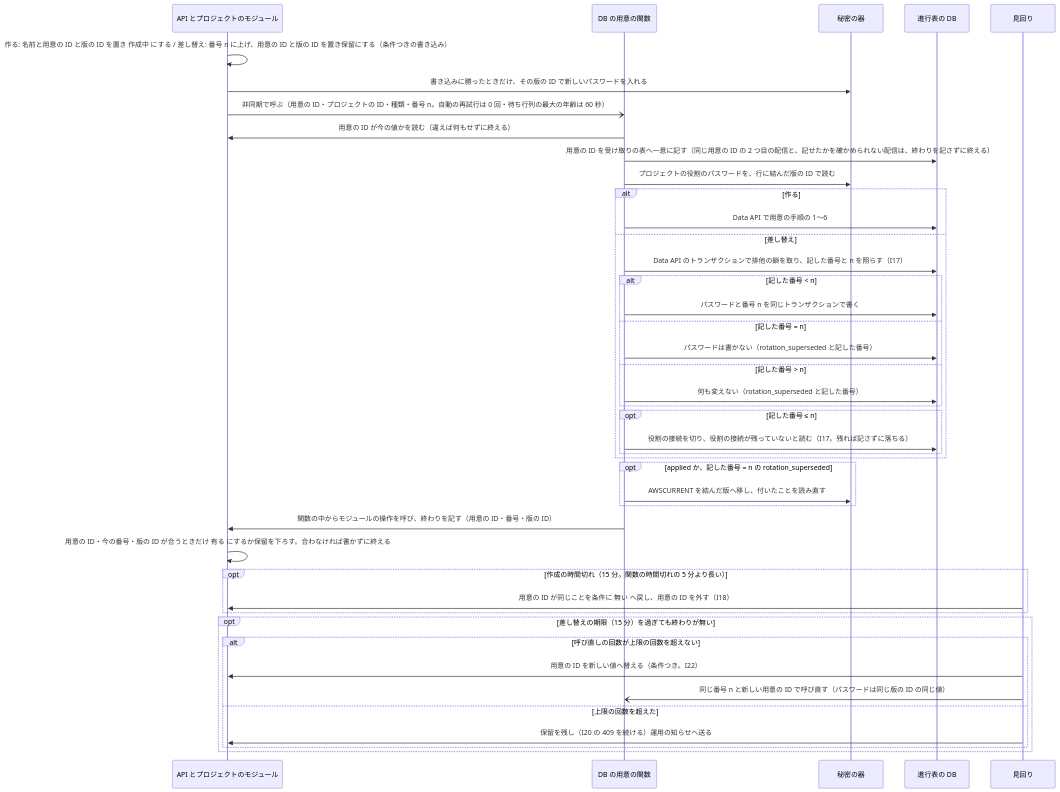
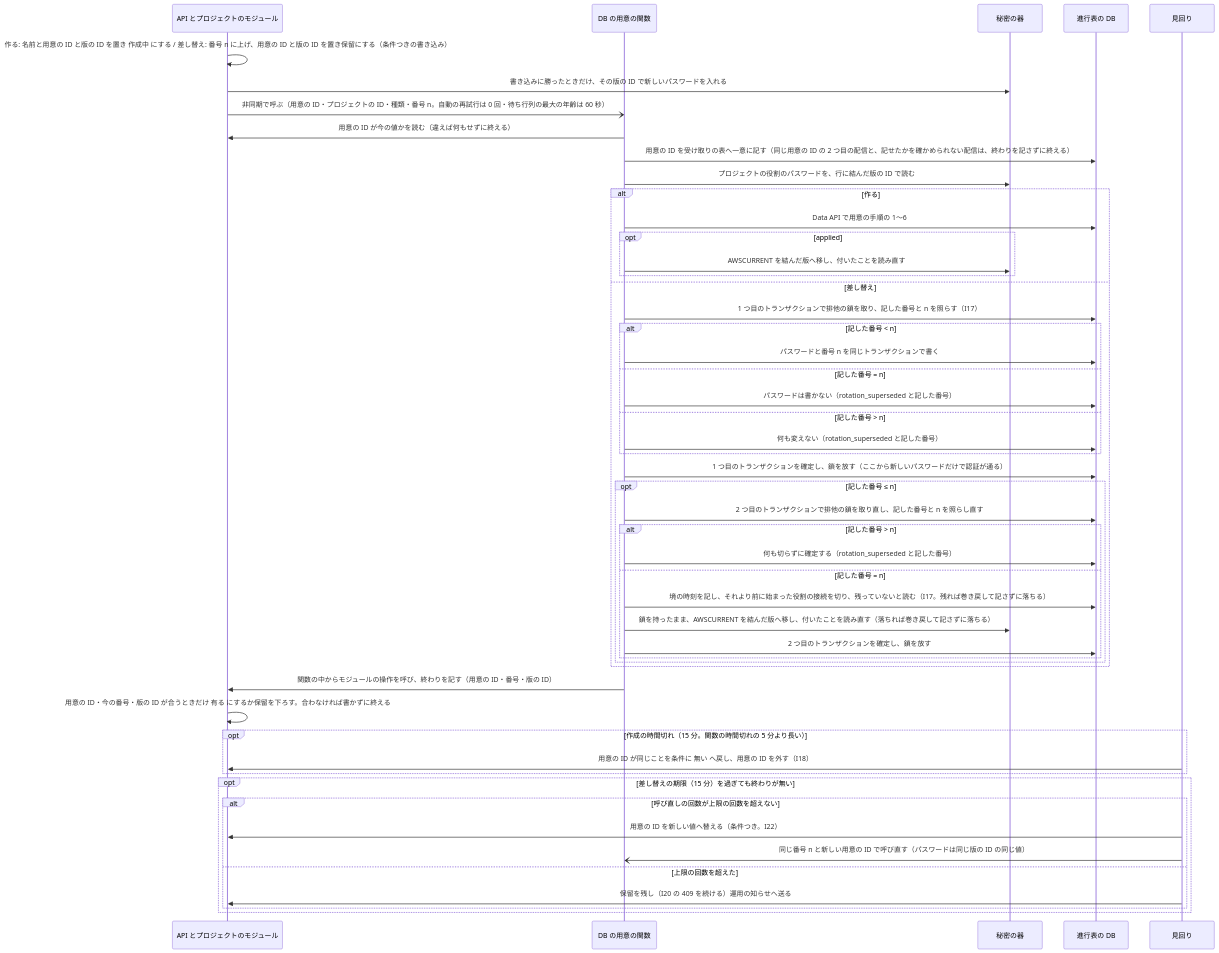
Before and after one commit to devbasex/nd-factory: the second of 2 diagrams in docs/design/data.md, drawn with Mermaid. The commit also changed 1 other file, not shown here.

Commit message:
Docs: #13 差し替えの図と処理の流れに確定と鎖の取り直しの境を示す（r2-5）（#13）
パスワードを書いたトランザクションの確定、別のトランザクションでの鎖の取り直しと番号の照らし直し、
古い接続の切りと鎖を持ったままの AWSCURRENT の移し、その後の確定を、データの文書のシーケンス図と
課題の設計の処理の流れに書く。AWSCURRENT の移しを作ると差し替えの分岐の中へ移す。

````diff
--- a/docs/design/data.md
+++ b/docs/design/data.md
@@ -278,45 +278,53 @@
 ```mermaid
 sequenceDiagram
     participant API as API とプロジェクトのモジュール
     participant FN as DB の用意の関数
     participant SM as 秘密の器
     participant DB as 進行表の DB
     participant PT as 見回り
     API->>API: 作る: 名前と用意の ID と版の ID を置き 作成中 にする / 差し替え: 番号 n に上げ、用意の ID と版の ID を置き保留にする（条件つきの書き込み）
     API->>SM: 書き込みに勝ったときだけ、その版の ID で新しいパスワードを入れる
     API-)FN: 非同期で呼ぶ（用意の ID・プロジェクトの ID・種類・番号 n。自動の再試行は 0 回・待ち行列の最大の年齢は 60 秒）
     FN->>API: 用意の ID が今の値かを読む（違えば何もせずに終える）
     FN->>DB: 用意の ID を受け取りの表へ一意に記す（同じ用意の ID の 2 つ目の配信と、記せたかを確かめられない配信は、終わりを記さずに終える）
     FN->>SM: プロジェクトの役割のパスワードを、行に結んだ版の ID で読む
     alt 作る
         FN->>DB: Data API で用意の手順の 1〜6
+        opt applied
+            FN->>SM: AWSCURRENT を結んだ版へ移し、付いたことを読み直す
+        end
     else 差し替え
-        FN->>DB: Data API のトランザクションで排他の鎖を取り、記した番号と n を照らす（I17）
+        FN->>DB: 1 つ目のトランザクションで排他の鎖を取り、記した番号と n を照らす（I17）
         alt 記した番号 < n
             FN->>DB: パスワードと番号 n を同じトランザクションで書く
         else 記した番号 = n
             FN->>DB: パスワードは書かない（rotation_superseded と記した番号）
         else 記した番号 > n
             FN->>DB: 何も変えない（rotation_superseded と記した番号）
         end
+        FN->>DB: 1 つ目のトランザクションを確定し、鎖を放す（ここから新しいパスワードだけで認証が通る）
         opt 記した番号 ≤ n
-            FN->>DB: 役割の接続を切り、役割の接続が残っていないと読む（I17。残れば記さずに落ちる）
+            FN->>DB: 2 つ目のトランザクションで排他の鎖を取り直し、記した番号と n を照らし直す
+            alt 記した番号 > n
+                FN->>DB: 何も切らずに確定する（rotation_superseded と記した番号）
+            else 記した番号 = n
+                FN->>DB: 境の時刻を記し、それより前に始まった役割の接続を切り、残っていないと読む（I17。残れば巻き戻して記さずに落ちる）
+                FN->>SM: 鎖を持ったまま、AWSCURRENT を結んだ版へ移し、付いたことを読み直す（落ちれば巻き戻して記さずに落ちる）
+                FN->>DB: 2 つ目のトランザクションを確定し、鎖を放す
+            end
         end
-    end
-    opt applied か、記した番号 = n の rotation_superseded
-        FN->>SM: AWSCURRENT を結んだ版へ移し、付いたことを読み直す
     end
     FN->>API: 関数の中からモジュールの操作を呼び、終わりを記す（用意の ID・番号・版の ID）
     API->>API: 用意の ID・今の番号・版の ID が合うときだけ 有る にするか保留を下ろす。合わなければ書かずに終える
     opt 作成の時間切れ（15 分。関数の時間切れの 5 分より長い）
         PT->>API: 用意の ID が同じことを条件に 無い へ戻し、用意の ID を外す（I18）
     end
     opt 差し替えの期限（15 分）を過ぎても終わりが無い
         alt 呼び直しの回数が上限の回数を超えない
             PT->>API: 用意の ID を新しい値へ替える（条件つき。I22）
             PT-)FN: 同じ番号 n と新しい用意の ID で呼び直す（パスワードは同じ版の ID の同じ値）
         else 上限の回数を超えた
             PT->>API: 保留を残し（I20 の 409 を続ける）運用の知らせへ送る
         end
     end
 ```
````
